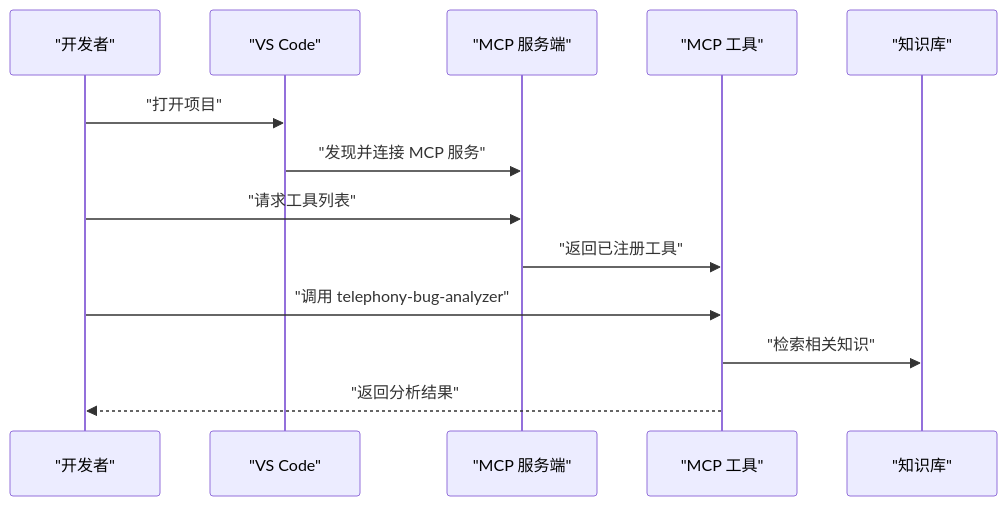
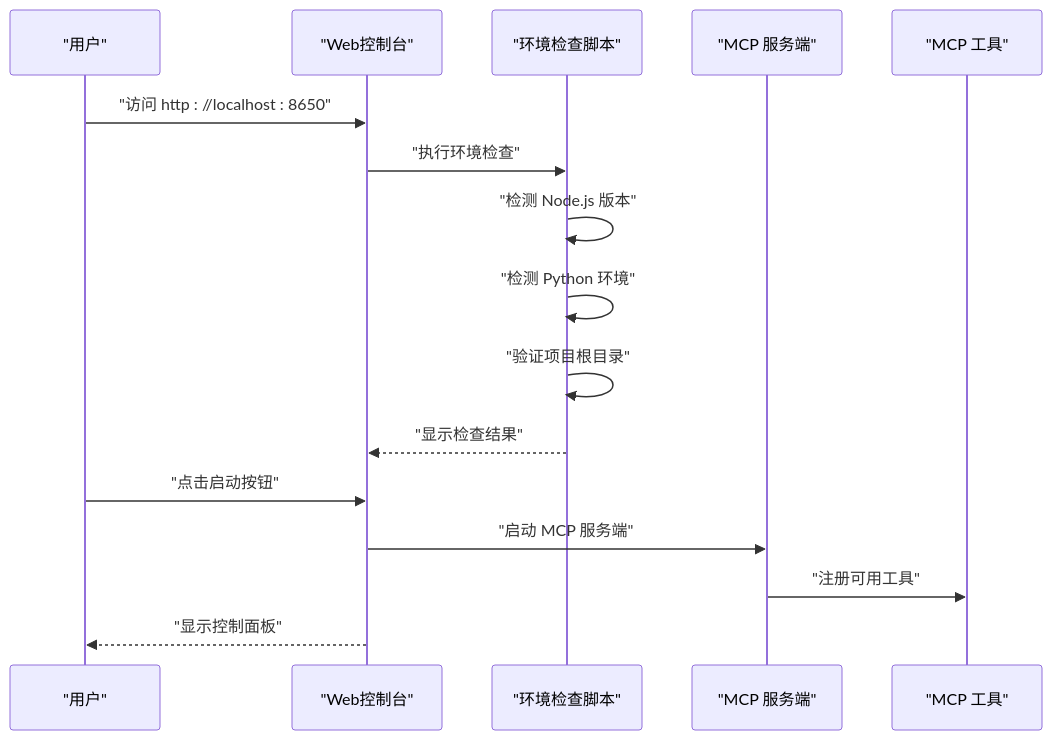
One commit to afcartevil/automated-test-script changed the third of 6 diagrams in .qoder/repowiki/zh/content/快速开始.md. Above: the diagram before and after it, drawn with Mermaid. The commit also changed other lines of this file and 650 other files, not shown here.

````diff
--- a/.qoder/repowiki/zh/content/快速开始.md
+++ b/.qoder/repowiki/zh/content/快速开始.md
@@ -138,15 +183,18 @@
 ```mermaid
 sequenceDiagram
-participant Dev as "开发者"
-participant VSCode as "VS Code"
+participant User as "用户"
+participant Console as "Web控制台"
+participant Setup as "环境检查脚本"
 participant MCP as "MCP 服务端"
 participant Tools as "MCP 工具"
-participant KB as "知识库"
-Dev->>VSCode : "打开项目"
-VSCode->>MCP : "发现并连接 MCP 服务"
-Dev->>MCP : "请求工具列表"
-MCP->>Tools : "返回已注册工具"
-Dev->>Tools : "调用 telephony-bug-analyzer"
-Tools->>KB : "检索相关知识"
-Tools-->>Dev : "返回分析结果"
+User->>Console : "访问 http : //localhost : 8650"
+Console->>Setup : "执行环境检查"
+Setup->>Setup : "检测 Node.js 版本"
+Setup->>Setup : "检测 Python 环境"
+Setup->>Setup : "验证项目根目录"
+Setup-->>Console : "显示检查结果"
+User->>Console : "点击启动按钮"
+Console->>MCP : "启动 MCP 服务端"
+MCP->>Tools : "注册可用工具"
+Console-->>User : "显示控制面板"
 ```
````
